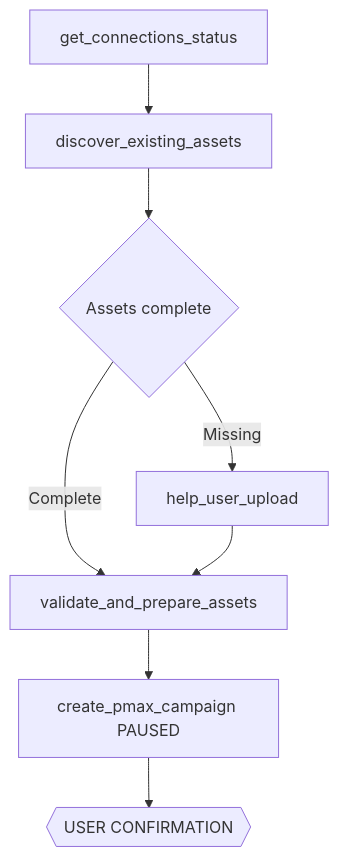
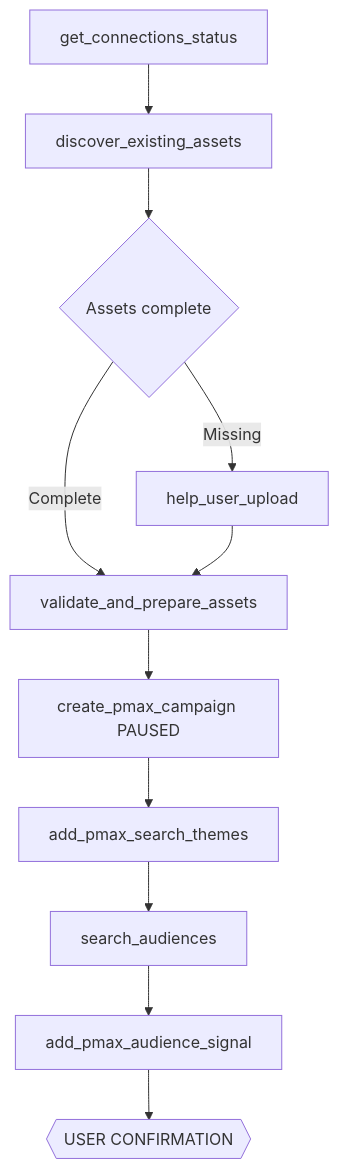
The third of 8 diagrams in agent-skills/workflows.mdx (Adspirer/docs), drawn with Mermaid before and after one commit. The commit also changed other lines of this file and 4 other files, not shown here.

First line of the commit message:
docs: add PMax search themes & audience signals (v2.7.0)

````diff
--- a/agent-skills/workflows.mdx
+++ b/agent-skills/workflows.mdx
@@ -108,10 +111,13 @@
 ```mermaid
 flowchart TD
     A[get_connections_status] --> B[discover_existing_assets]
     B --> C{Assets complete}
     C -->|Missing| D[help_user_upload]
     C -->|Complete| E[validate_and_prepare_assets]
     D --> E
     E --> F[create_pmax_campaign PAUSED]
-    F --> G{{USER CONFIRMATION}}
+    F --> G[add_pmax_search_themes]
+    G --> H[search_audiences]
+    H --> I[add_pmax_audience_signal]
+    I --> J{{USER CONFIRMATION}}
 ```
````
